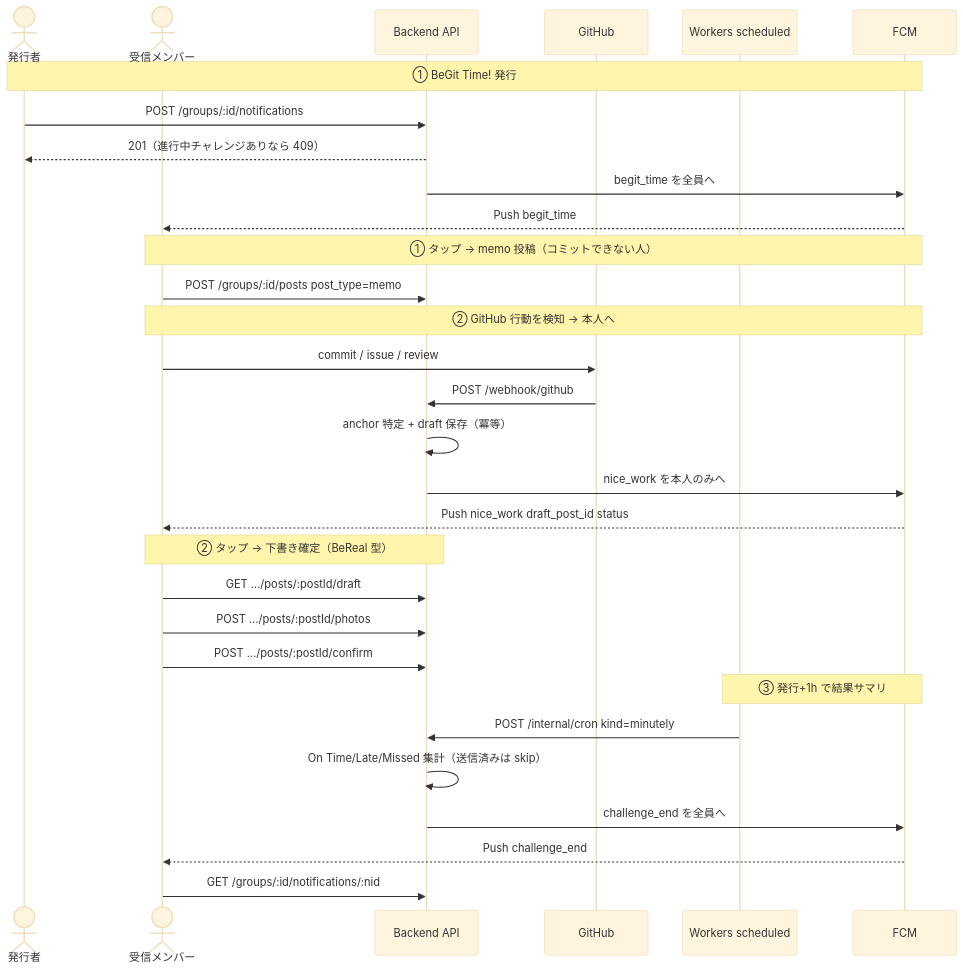
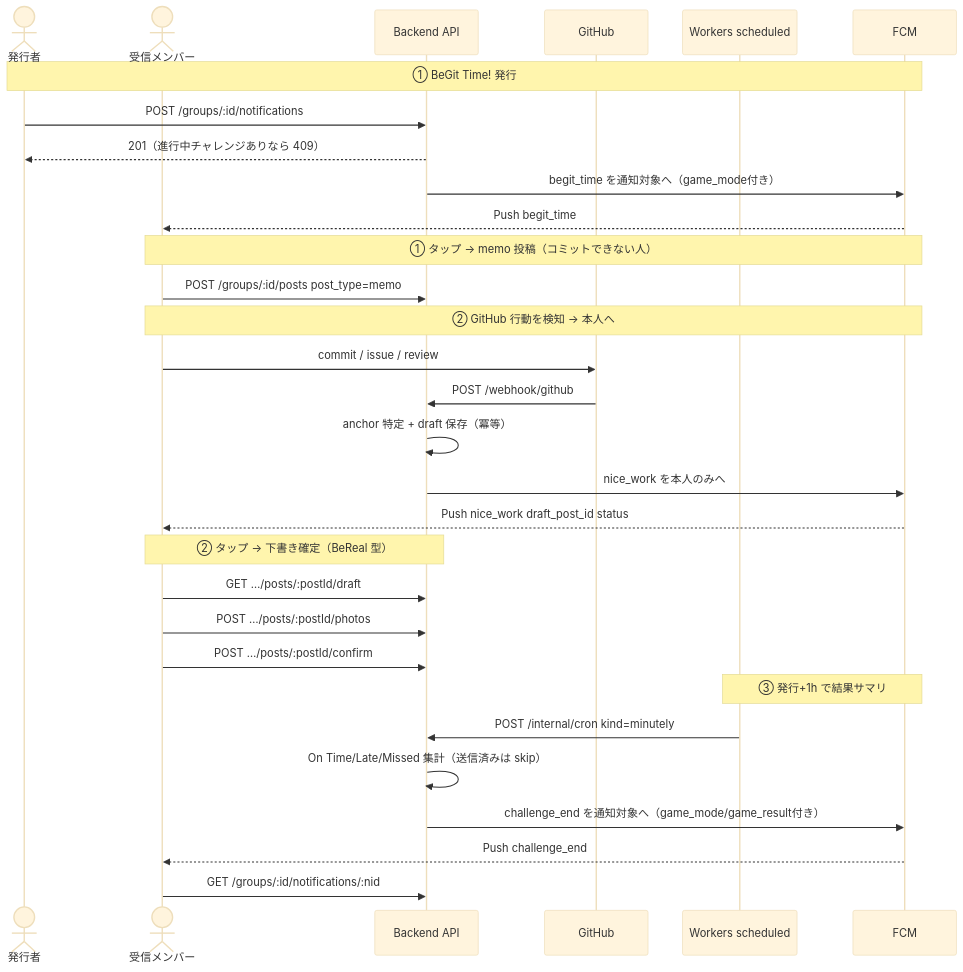
Before and after one commit to geekhackathon-vol3/BeGit: the third of 5 diagrams in docs/notification/api-notification-map.md, drawn with Mermaid (base theme). The commit also changed other lines of this file and 4 other files, not shown here.

Commit message:
docs: document game mode API and notifications

````diff
--- a/docs/notification/api-notification-map.md
+++ b/docs/notification/api-notification-map.md
@@ -128,37 +128,37 @@
 ```mermaid
 sequenceDiagram
     actor Sender as 発行者
     actor Member as 受信メンバー
     participant API as Backend API
     participant GH as GitHub
     participant Cron as Workers scheduled
     participant FCM
 
     Note over Sender,FCM: ① BeGit Time! 発行
     Sender->>API: POST /groups/:id/notifications
     API-->>Sender: 201（進行中チャレンジありなら 409）
-    API->>FCM: begit_time を全員へ
+    API->>FCM: begit_time を通知対象へ（game_mode付き）
     FCM-->>Member: Push begit_time
 
     Note over Member,FCM: ① タップ → memo 投稿（コミットできない人）
     Member->>API: POST /groups/:id/posts post_type=memo
 
     Note over Member,FCM: ② GitHub 行動を検知 → 本人へ
     Member->>GH: commit / issue / review
     GH->>API: POST /webhook/github
     API->>API: anchor 特定 + draft 保存（冪等）
     API->>FCM: nice_work を本人のみへ
     FCM-->>Member: Push nice_work draft_post_id status
 
     Note over Member,API: ② タップ → 下書き確定（BeReal 型）
     Member->>API: GET …/posts/:postId/draft
     Member->>API: POST …/posts/:postId/photos
     Member->>API: POST …/posts/:postId/confirm
 
     Note over Cron,FCM: ③ 発行+1h で結果サマリ
     Cron->>API: POST /internal/cron kind=minutely
     API->>API: On Time/Late/Missed 集計（送信済みは skip）
-    API->>FCM: challenge_end を全員へ
+    API->>FCM: challenge_end を通知対象へ（game_mode/game_result付き）
     FCM-->>Member: Push challenge_end
     Member->>API: GET /groups/:id/notifications/:nid
 ```
````
